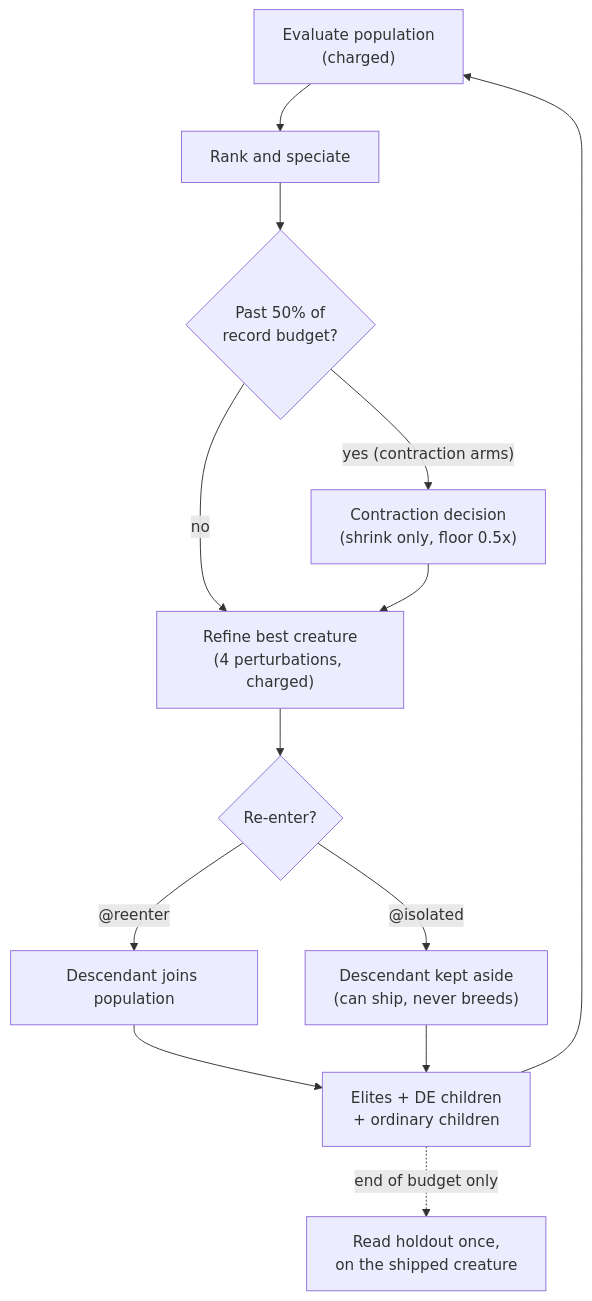
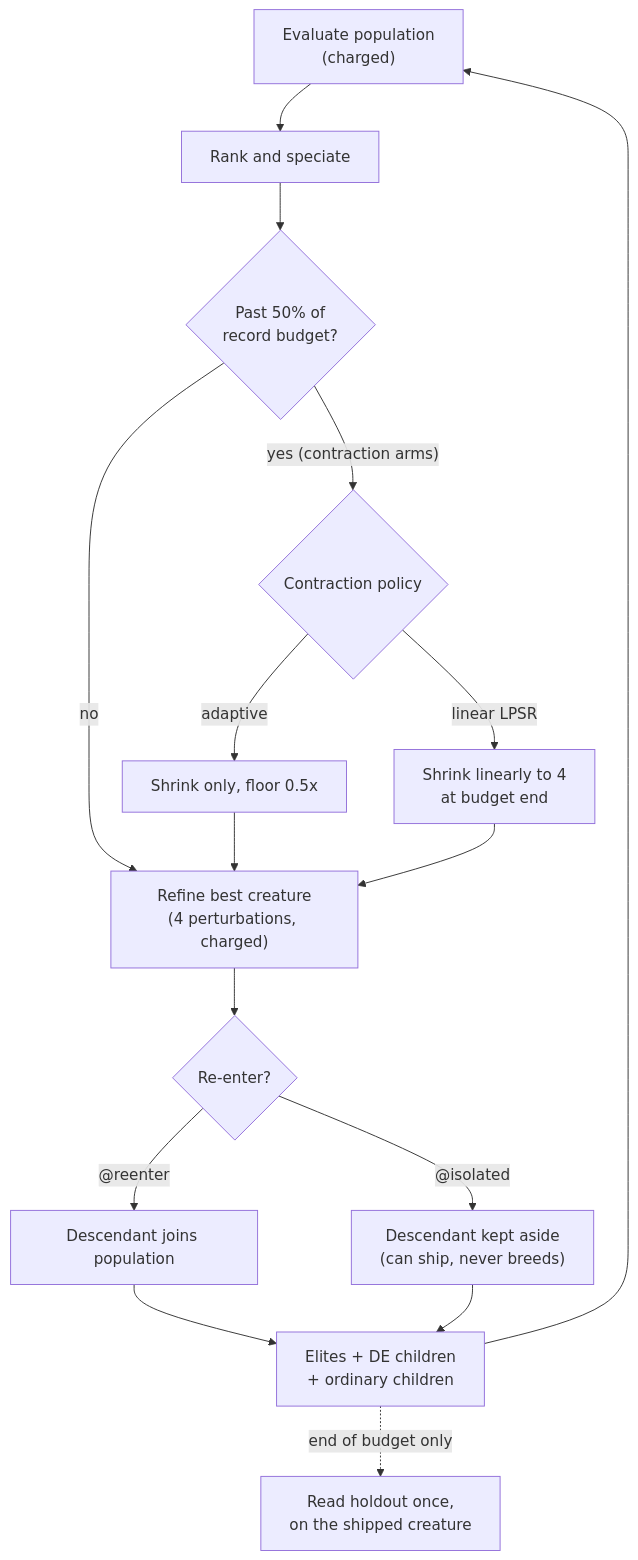
Before and after one commit to stSoftwareAU/NEAT-AI: the diagram in docs/evidence/differential-weight-4156.md, drawn with Mermaid. The commit also changed other lines of this file and 3 other files, not shown here.

First line of the commit message:
Re-run DE study with LPSR arms on fresh seeds; pin the paper's method from excerpts (Issue #4156)

````diff
--- a/docs/evidence/differential-weight-4156.md
+++ b/docs/evidence/differential-weight-4156.md
@@ -66,15 +86,18 @@
 ```mermaid
 flowchart TD
     A["Evaluate population<br/>(charged)"] --> B["Rank and speciate"]
     B --> C{"Past 50% of<br/>record budget?"}
-    C -- "yes (contraction arms)" --> D["Contraction decision<br/>(shrink only, floor 0.5x)"]
+    C -- "yes (contraction arms)" --> D{"Contraction policy"}
     C -- "no" --> E
-    D --> E["Refine best creature<br/>(4 perturbations, charged)"]
+    D -- "adaptive" --> D1["Shrink only, floor 0.5x"]
+    D -- "linear LPSR" --> D2["Shrink linearly to 4<br/>at budget end"]
+    D1 --> E["Refine best creature<br/>(4 perturbations, charged)"]
+    D2 --> E
     E --> F{"Re-enter?"}
     F -- "@reenter" --> G["Descendant joins population"]
     F -- "@isolated" --> H["Descendant kept aside<br/>(can ship, never breeds)"]
     G --> I["Elites + DE children<br/>+ ordinary children"]
     H --> I
     I --> A
     I -. "end of budget only" .-> J["Read holdout once,<br/>on the shipped creature"]
 ```
````
